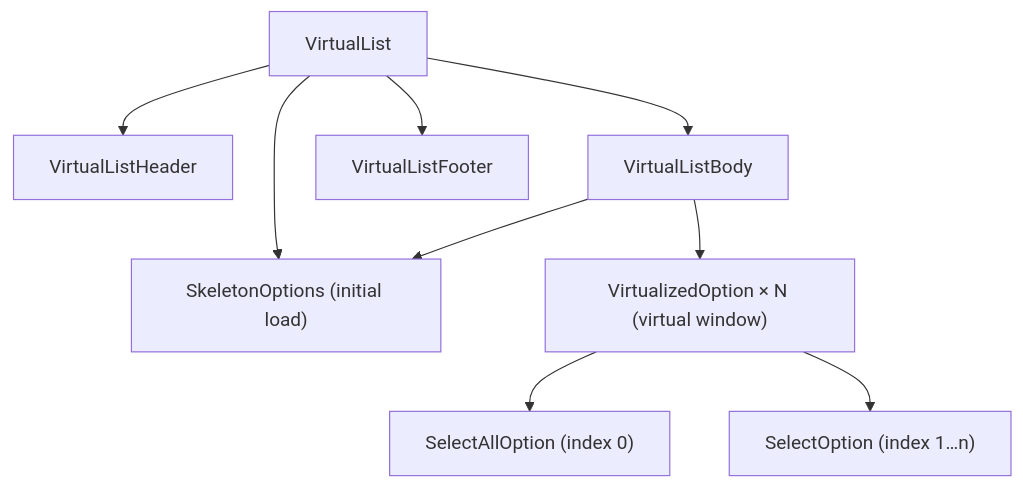
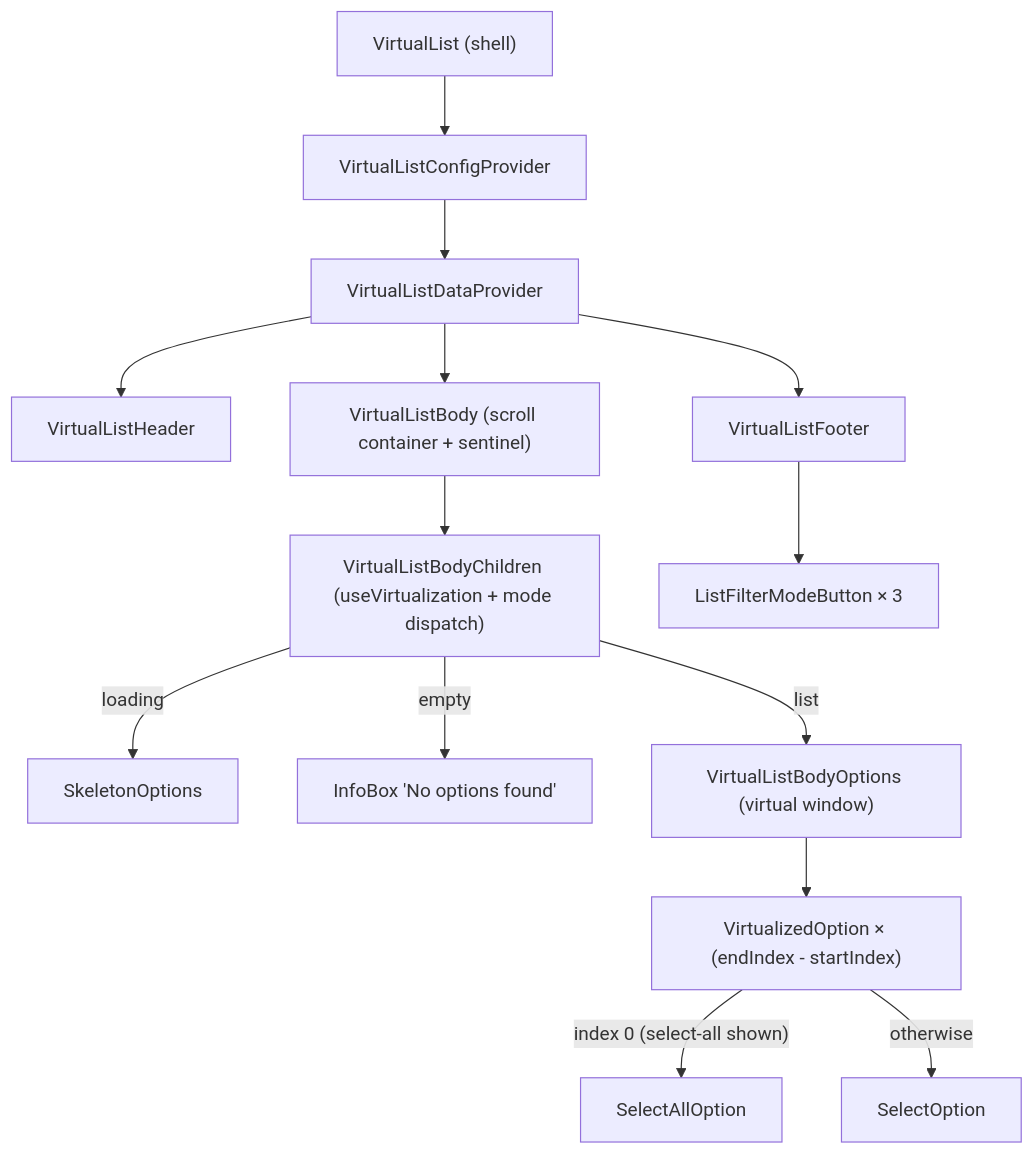
Before and after one commit to luciocabrera/lcabrera-stack: the first of 3 diagrams in packages/ui/src/components/VirtualList/ARCHITECTURE.md, drawn with Mermaid. The commit also changed other lines of this file and 117 other files, not shown here.

First line of the commit message:
feat: implement VirtualList context actions and selectors

````diff
--- a/packages/ui/src/components/VirtualList/ARCHITECTURE.md
+++ b/packages/ui/src/components/VirtualList/ARCHITECTURE.md
@@ -71,11 +43,16 @@
 ```mermaid
 graph TD
-  VL["VirtualList"] --> SKO["SkeletonOptions (initial load)"]
-  VL --> VLH["VirtualListHeader"]
-  VL --> VLB["VirtualListBody"]
-  VLB --> VO["VirtualizedOption × N (virtual window)"]
-  VLB --> SKO["SkeletonOptions (initial load)"]
-  VL --> VLF["VirtualListFooter"]
-  VO --> SAO["SelectAllOption (index 0)"]
-  VO --> SO["SelectOption (index 1…n)"]
+  VL["VirtualList (shell)"] --> CFG["VirtualListConfigProvider"]
+  CFG --> DATA["VirtualListDataProvider"]
+  DATA --> VLH["VirtualListHeader"]
+  DATA --> VLB["VirtualListBody (scroll container + sentinel)"]
+  DATA --> VLF["VirtualListFooter"]
+  VLB --> VLBC["VirtualListBodyChildren (useVirtualization + mode dispatch)"]
+  VLBC -->|loading| SKO["SkeletonOptions"]
+  VLBC -->|empty| IB["InfoBox 'No options found'"]
+  VLBC -->|list| VLBO["VirtualListBodyOptions (virtual window)"]
+  VLBO --> VO["VirtualizedOption × (endIndex - startIndex)"]
+  VO -->|"index 0 (select-all shown)"| SAO["SelectAllOption"]
+  VO -->|otherwise| SO["SelectOption"]
+  VLF --> LFMB["ListFilterModeButton × 3"]
 ```
````
